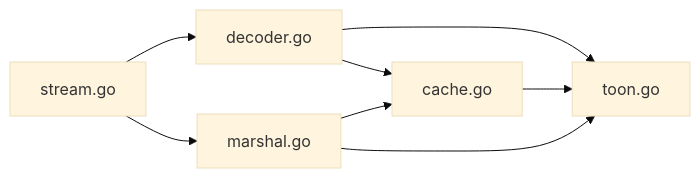
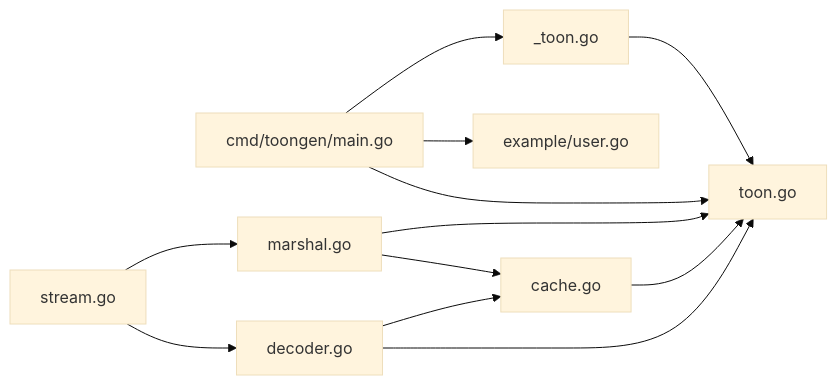
Before and after one commit to OTumanov/go-toon: the fourth of 4 diagrams in .qoder/repowiki/en/content/Performance and Optimization.md, drawn with Mermaid (base theme). The commit also changed other lines of this file and 11 other files, not shown here.

First line of the commit message:
feat: add Pre-flight Schema + Token Calculator to toongen

````diff
--- a/.qoder/repowiki/en/content/Performance and Optimization.md
+++ b/.qoder/repowiki/en/content/Performance and Optimization.md
@@ -334,10 +425,14 @@
 ```mermaid
 graph LR
 Dec["decoder.go"] --> C["cache.go"]
 Dec --> T["toon.go"]
 C --> T
 Enc["marshal.go"] --> C
 Enc --> T
 Stream["stream.go"] --> Dec
 Stream --> Enc
+Gen["cmd/toongen/main.go"] --> T
+Gen --> Src["example/user.go"]
+Gen --> Out["_toon.go"]
+Out --> T
 ```
````
